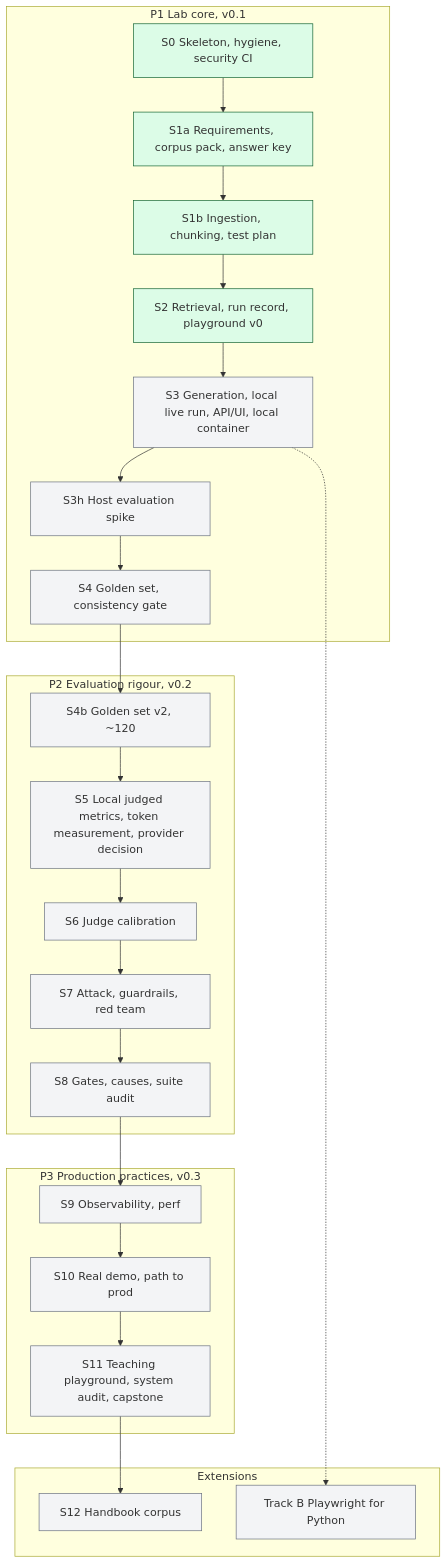
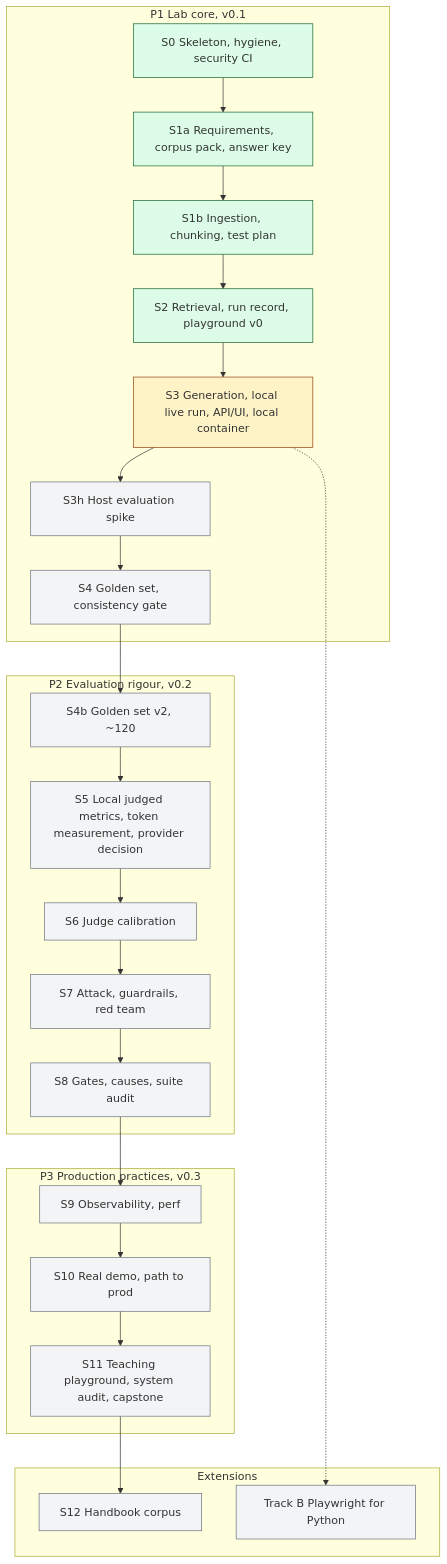
The diagram in README.md (willcoliveira/ai-testing-rag-lab), drawn with Mermaid before and after one commit. The commit also changed other lines of this file and 9 other files, not shown here.

````diff
--- a/README.md
+++ b/README.md
@@ -23,25 +23,26 @@
 ```mermaid
 flowchart TB
   subgraph P1[P1 Lab core, v0.1]
     S0[S0 Skeleton, hygiene, security CI] --> S1a[S1a Requirements, corpus pack, answer key] --> S1b[S1b Ingestion, chunking, test plan] --> S2[S2 Retrieval, run record, playground v0] --> S3[S3 Generation, local live run, API/UI, local container] --> S3h[S3h Host evaluation spike] --> S4[S4 Golden set, consistency gate]
   end
   subgraph P2[P2 Evaluation rigour, v0.2]
     S4b[S4b Golden set v2, ~120] --> S5[S5 Local judged metrics, token measurement, provider decision] --> S6[S6 Judge calibration] --> S7[S7 Attack, guardrails, red team] --> S8[S8 Gates, causes, suite audit]
   end
   subgraph P3[P3 Production practices, v0.3]
     S9[S9 Observability, perf] --> S10[S10 Real demo, path to prod] --> S11[S11 Teaching playground, system audit, capstone]
   end
   subgraph EXT[Extensions]
     S12[S12 Handbook corpus]
     B[Track B Playwright for Python]
   end
   S4 --> S4b
   S8 --> S9
   S11 --> S12
   S3 -.-> B
   classDef todo fill:#f3f4f6,stroke:#6b7280
   classDef wip fill:#fef3c7,stroke:#92400e
   classDef done fill:#dcfce7,stroke:#166534
   class S0,S1a,S1b,S2 done
-  class S3,S3h,S4,S4b,S5,S6,S7,S8,S9,S10,S11,S12,B todo
+  class S3 wip
+  class S3h,S4,S4b,S5,S6,S7,S8,S9,S10,S11,S12,B todo
 ```
````
